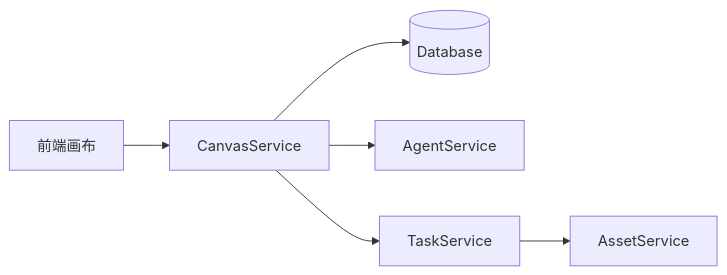
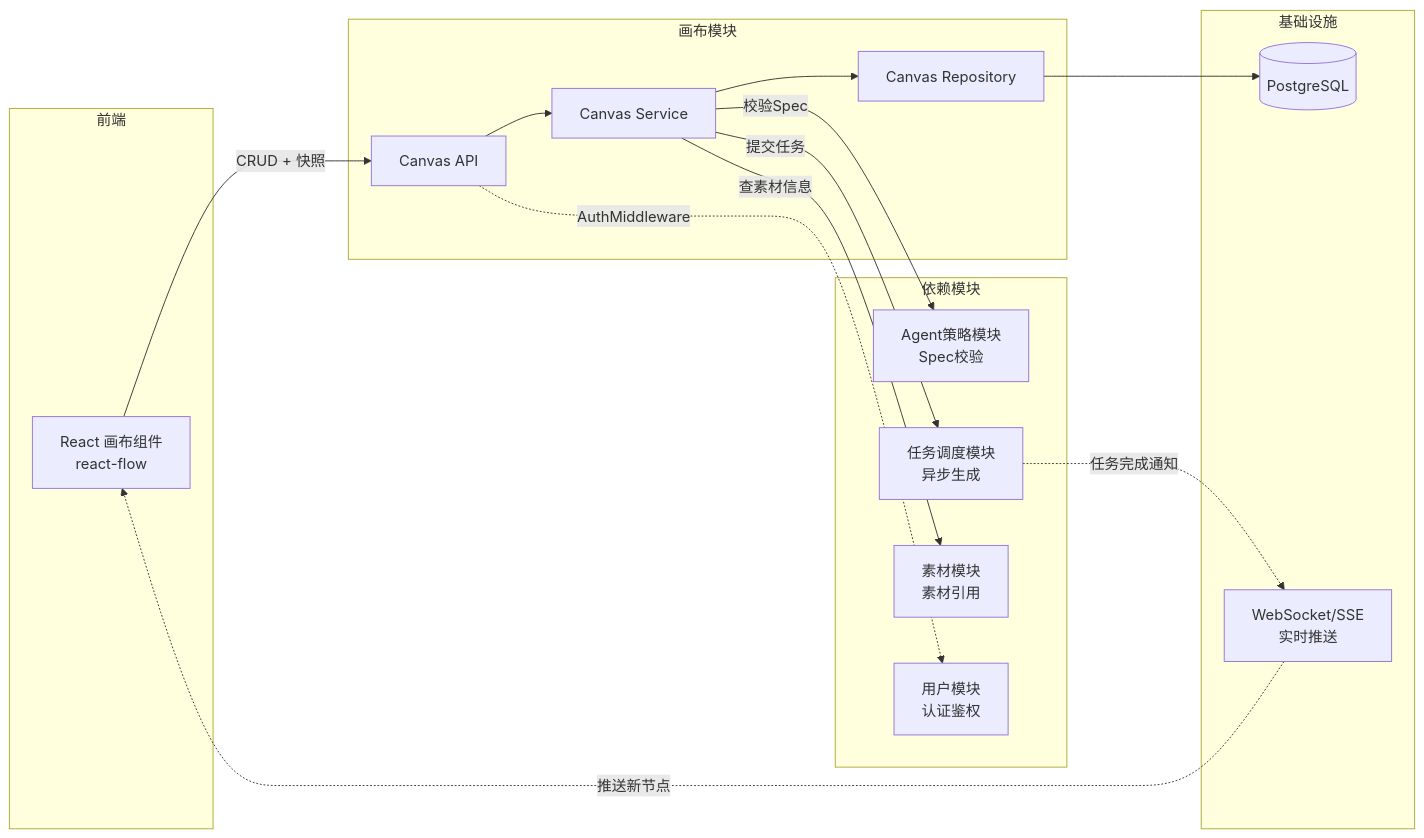
Before and after one commit to fairyspace/x-media: the third of 3 diagrams in docs/[02]画布模块/README.md, drawn with Mermaid. The commit also changed other lines of this file, not shown here.

````diff
--- a/docs/[02]画布模块/README.md
+++ b/docs/[02]画布模块/README.md
@@ -91,8 +541,32 @@
 ```mermaid
 flowchart LR
-    A[前端画布] --> B[CanvasService]
-    B --> C[(Database)]
-    B --> D[AgentService]
-    B --> E[TaskService]
-    E --> F[AssetService]
+    subgraph 前端
+        A[React 画布组件<br/>react-flow]
+    end
+
+    subgraph 画布模块
+        B[Canvas API]
+        C[Canvas Service]
+        D[Canvas Repository]
+    end
+
+    subgraph 依赖模块
+        E[Agent策略模块<br/>Spec校验]
+        F[任务调度模块<br/>异步生成]
+        G[素材模块<br/>素材引用]
+        H[用户模块<br/>认证鉴权]
+    end
+
+    subgraph 基础设施
+        I[(PostgreSQL)]
+        J[WebSocket/SSE<br/>实时推送]
+    end
+
+    A -->|CRUD + 快照| B
+    B --> C --> D --> I
+    C -->|校验Spec| E
+    C -->|提交任务| F
+    C -->|查素材信息| G
+    B -.->|AuthMiddleware| H
+    F -.->|任务完成通知| J -.->|推送新节点| A
 ```
````
